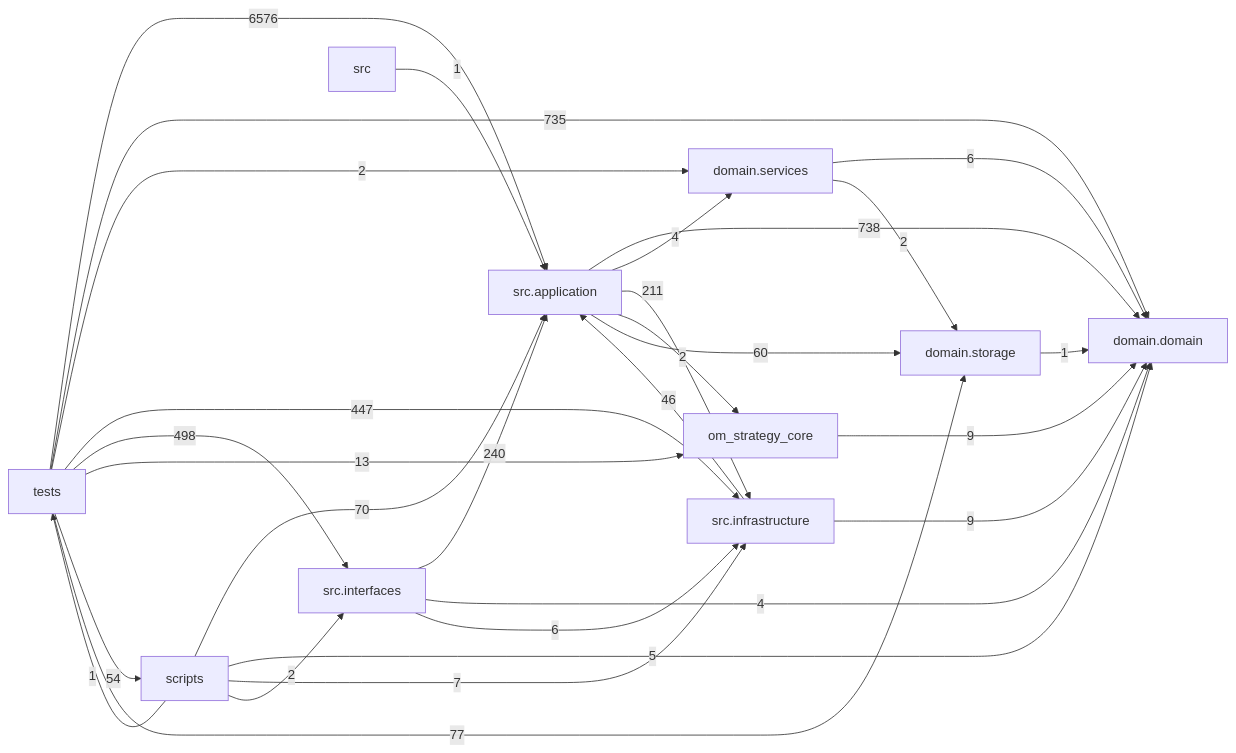
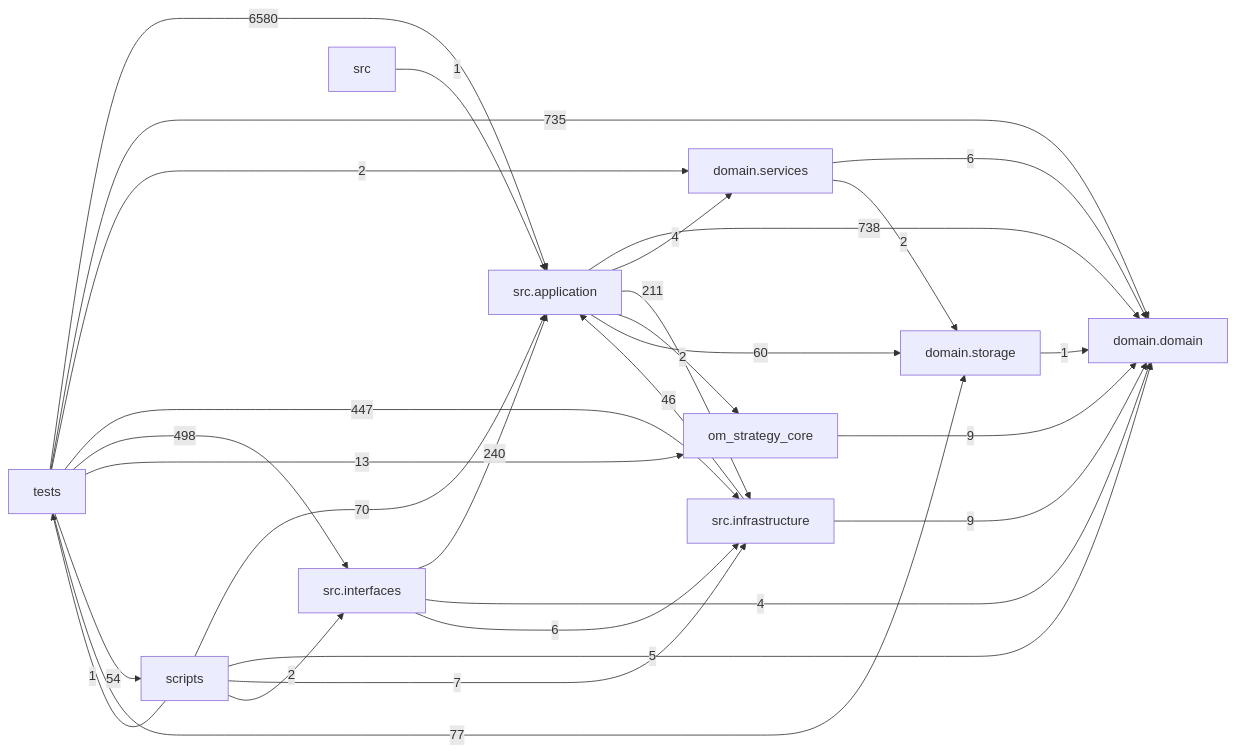
One commit to liuxie066/options-monitor changed the diagram in docs/DEPENDENCY_GRAPH.md. Above: the diagram before and after it, drawn with Mermaid. The commit also changed other lines of this file and 2 other files, not shown here.

````diff
--- a/docs/DEPENDENCY_GRAPH.md
+++ b/docs/DEPENDENCY_GRAPH.md
@@ -24,39 +24,39 @@
 ```mermaid
 flowchart LR
   tests["tests"]
   scripts["scripts"]
   interfaces["src.interfaces"]
   application["src.application"]
   infrastructure["src.infrastructure"]
   domain_services["domain.services"]
   domain["domain.domain"]
   storage["domain.storage"]
   application -->|738| domain
   application -->|4| domain_services
   application -->|211| infrastructure
   application -->|2| om_strategy_core
   application -->|60| storage
   domain_services -->|6| domain
   domain_services -->|2| storage
   infrastructure -->|46| application
   infrastructure -->|9| domain
   interfaces -->|240| application
   interfaces -->|4| domain
   interfaces -->|6| infrastructure
   om_strategy_core -->|9| domain
   scripts -->|70| application
   scripts -->|5| domain
   scripts -->|7| infrastructure
   scripts -->|2| interfaces
   scripts -->|1| tests
   src -->|1| application
   storage -->|1| domain
-  tests -->|6576| application
+  tests -->|6580| application
   tests -->|735| domain
   tests -->|2| domain_services
   tests -->|447| infrastructure
   tests -->|498| interfaces
   tests -->|13| om_strategy_core
   tests -->|54| scripts
   tests -->|77| storage
 ```
````
